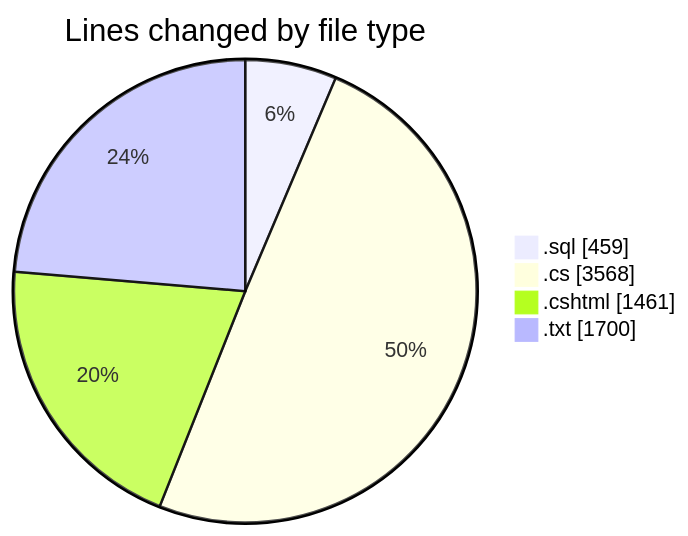
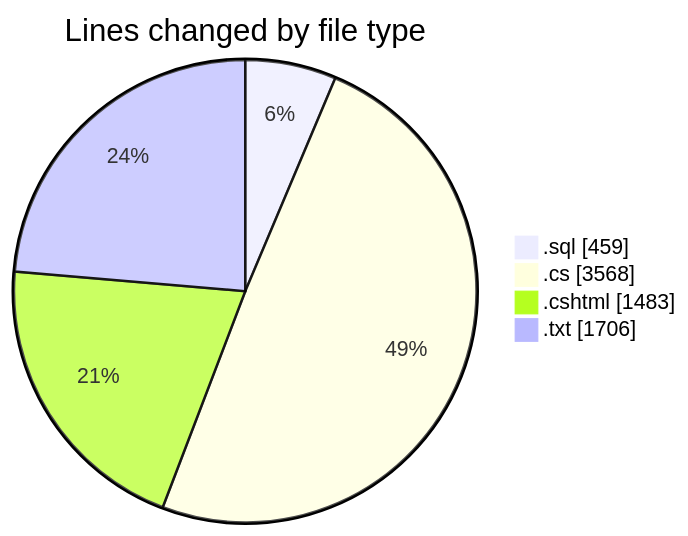
The first of 2 diagrams in 2025-07-23/quanlyrapchieuphim/README.md (lephambinh05/code-tracking), drawn with Mermaid before and after one commit. The commit also changed other lines of this file and 1 other file, not shown here.

````diff
--- a/2025-07-23/quanlyrapchieuphim/README.md
+++ b/2025-07-23/quanlyrapchieuphim/README.md
@@ -33,8 +33,8 @@
 ```mermaid
 pie showData
 title Lines changed by file type
 ".sql" : 459
 ".cs" : 3568
-".cshtml" : 1461
-".txt" : 1700
+".cshtml" : 1483
+".txt" : 1706
 ```
````
